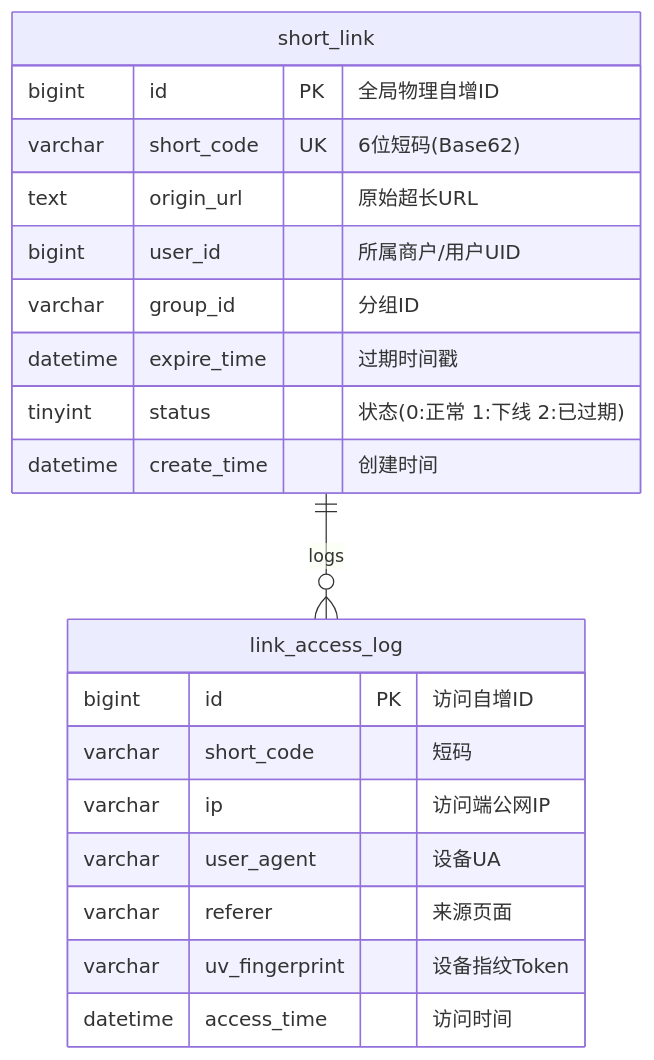
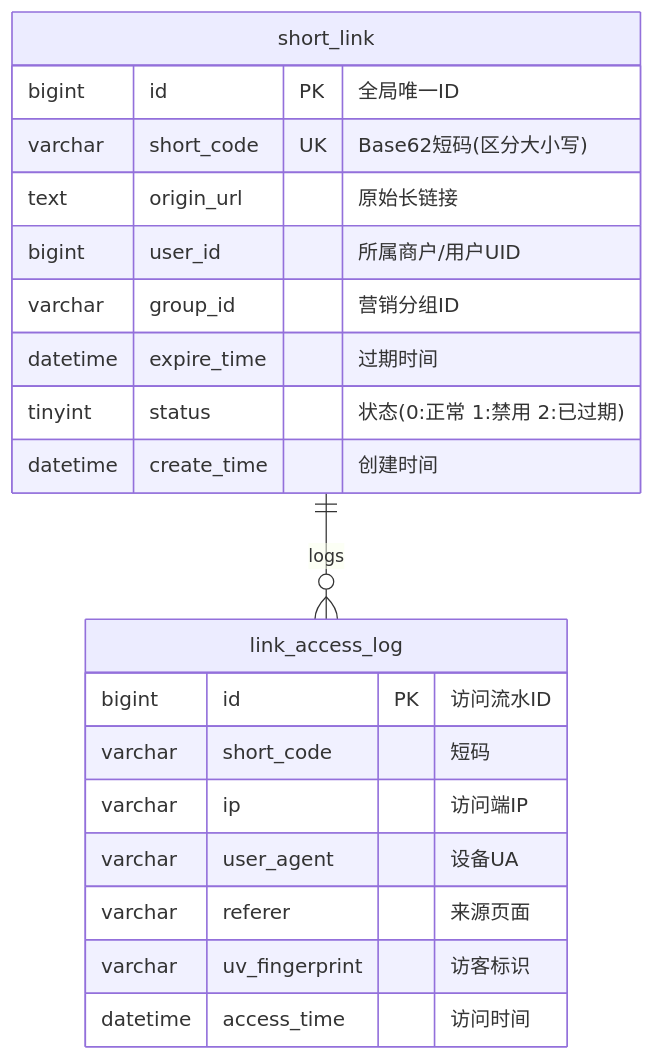
One commit to GuoWWWX/knowledge-base changed the diagram in 20-Java后端/09-项目实战/02-项目-短链服务.md. Above: the diagram before and after it, drawn with Mermaid. The commit also changed other lines of this file and 251 other files, not shown here.

````diff
--- a/20-Java后端/09-项目实战/02-项目-短链服务.md
+++ b/20-Java后端/09-项目实战/02-项目-短链服务.md
@@ -41,23 +50,23 @@
 ```mermaid
 erDiagram
     short_link ||--o{ link_access_log : logs
     short_link {
-        bigint id PK "全局物理自增ID"
-        varchar short_code UK "6位短码(Base62)"
-        text origin_url "原始超长URL"
+        bigint id PK "全局唯一ID"
+        varchar short_code UK "Base62短码(区分大小写)"
+        text origin_url "原始长链接"
         bigint user_id "所属商户/用户UID"
-        varchar group_id "分组ID"
-        datetime expire_time "过期时间戳"
-        tinyint status "状态(0:正常 1:下线 2:已过期)"
+        varchar group_id "营销分组ID"
+        datetime expire_time "过期时间"
+        tinyint status "状态(0:正常 1:禁用 2:已过期)"
         datetime create_time "创建时间"
     }
     link_access_log {
-        bigint id PK "访问自增ID"
+        bigint id PK "访问流水ID"
         varchar short_code "短码"
-        varchar ip "访问端公网IP"
+        varchar ip "访问端IP"
         varchar user_agent "设备UA"
         varchar referer "来源页面"
-        varchar uv_fingerprint "设备指纹Token"
+        varchar uv_fingerprint "访客标识"
         datetime access_time "访问时间"
     }
 ```
````
